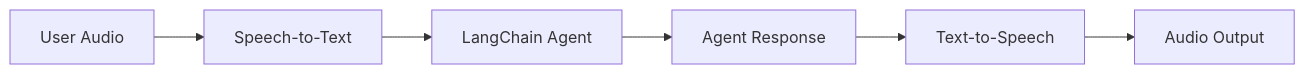
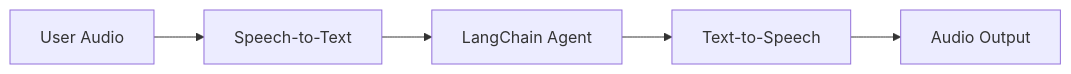
One commit to langchain-ai/docs changed the first of 2 diagrams in src/oss/langchain/voice_agent.mdx. Above: the diagram before and after it, drawn with Mermaid. The commit also changed other lines of this file, not shown here.

````diff
--- a/src/oss/langchain/voice_agent.mdx
+++ b/src/oss/langchain/voice_agent.mdx
@@ -20,8 +20,7 @@
 ```mermaid
 flowchart LR
     A[User Audio] --> B[Speech-to-Text]
     B --> C[LangChain Agent]
-    C --> D[Agent Response]
-    D --> E[Text-to-Speech]
-    E --> F[Audio Output]
+    C --> D[Text-to-Speech]
+    D --> E[Audio Output]
 ```
````
